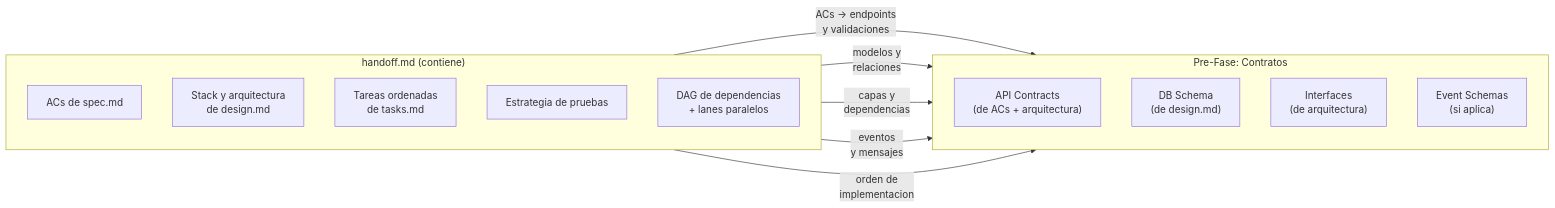
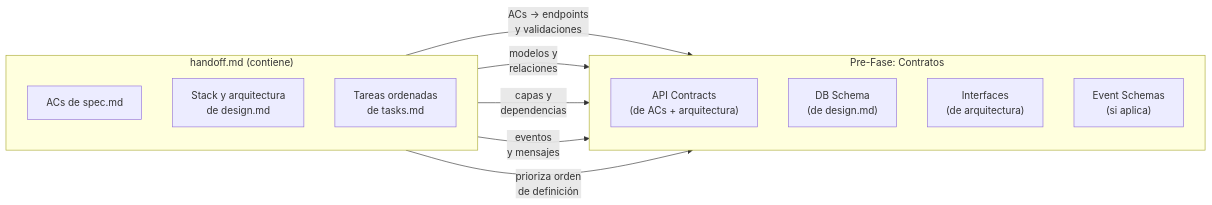
One commit to virgenherrera/idea-to-mvp changed the fourth of 6 diagrams in docs/execution/README.md. Above: the diagram before and after it, drawn with Mermaid. The commit also changed other lines of this file and 6 other files, not shown here.

````diff
--- a/docs/execution/README.md
+++ b/docs/execution/README.md
@@ -126,25 +131,23 @@
 ```mermaid
 flowchart LR
     subgraph HANDOFF_CONTENT["handoff.md (contiene)"]
         direction TB
         H_SPEC["ACs de spec.md"]
         H_DESIGN["Stack y arquitectura\nde design.md"]
         H_TASKS["Tareas ordenadas\nde tasks.md"]
-        H_STRATEGY["Estrategia de pruebas"]
-        H_DAG["DAG de dependencias\n+ lanes paralelos"]
     end
 
     subgraph PREFASE["Pre-Fase: Contratos"]
         direction TB
         P_API["API Contracts\n(de ACs + arquitectura)"]
         P_DB["DB Schema\n(de design.md)"]
         P_INT["Interfaces\n(de arquitectura)"]
         P_EVENTS["Event Schemas\n(si aplica)"]
     end
 
     H_SPEC -->|"ACs → endpoints\ny validaciones"| P_API
     H_DESIGN -->|"modelos y\nrelaciones"| P_DB
     H_DESIGN -->|"capas y\ndependencias"| P_INT
     H_DESIGN -->|"eventos\ny mensajes"| P_EVENTS
-    H_TASKS -->|"orden de\nimplementacion"| P_API
+    H_TASKS -->|"prioriza orden\nde definición"| P_API
 ```
````
